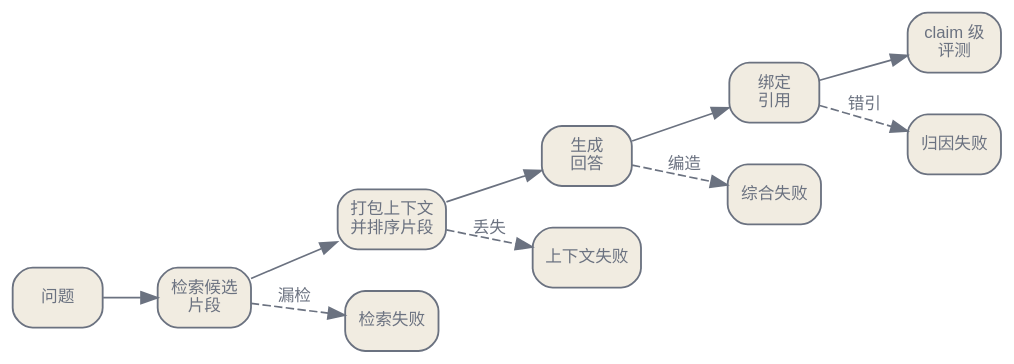
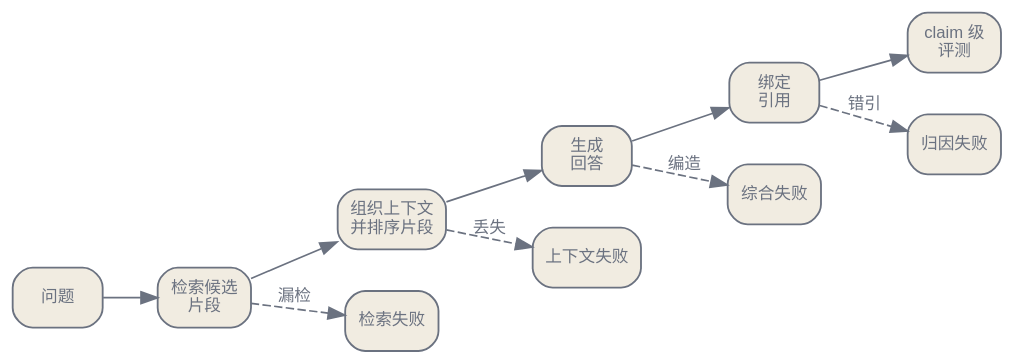
Before and after one commit to latere-ai/ai-as-an-infrastructure: the second of 2 diagrams in zh/evaluation/05-factuality-grounding.qmd, drawn with Graphviz. The commit also changed other lines of this file and 8 other files, not shown here.

````diff
--- a/zh/evaluation/05-factuality-grounding.qmd
+++ b/zh/evaluation/05-factuality-grounding.qmd
@@ -79,26 +79,26 @@
 ```{dot}
 //| label: fig-factuality-rag-failure
 //| fig-cap: "grounded generation 有彼此独立的失效面。检索、上下文选择、综合与引用绑定都可能单独失败，因此单一回答分数无法说明事实性错误从哪里来。"
 digraph {
   bgcolor="transparent";
   rankdir=LR;
   nodesep=0.35; ranksep=0.45;
   node [shape=box, style="rounded,filled", fontname="Helvetica", fontsize=10, color="#6b7280", fontcolor="#6b7280", fillcolor="#f1ece1", penwidth=1.1];
   edge [fontsize=10, fontname="Helvetica", color="#6b7280", fontcolor="#6b7280"];
   Q [label="问题"];
   R [label="检索候选\n片段"];
-  K [label="打包上下文\n并排序片段"];
+  K [label="组织上下文\n并排序片段"];
   G [label="生成\n回答"];
   C [label="绑定\n引用"];
   E [label="claim 级\n评测"];
   Q -> R -> K -> G -> C -> E;
   R -> F1 [label="漏检", style=dashed];
   K -> F2 [label="丢失", style=dashed];
   G -> F3 [label="编造", style=dashed];
   C -> F4 [label="错引", style=dashed];
   F1 [label="检索失败"];
   F2 [label="上下文失败"];
   F3 [label="综合失败"];
   F4 [label="归因失败"];
 }
 ```
````
